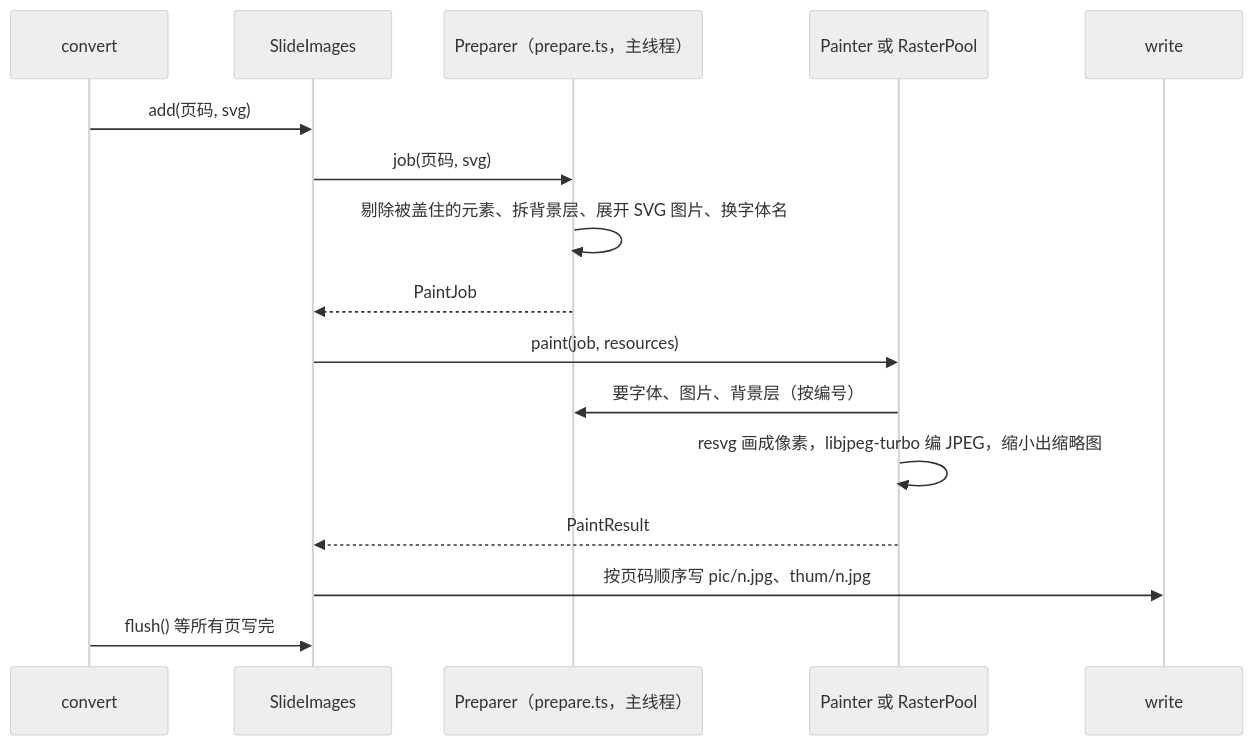
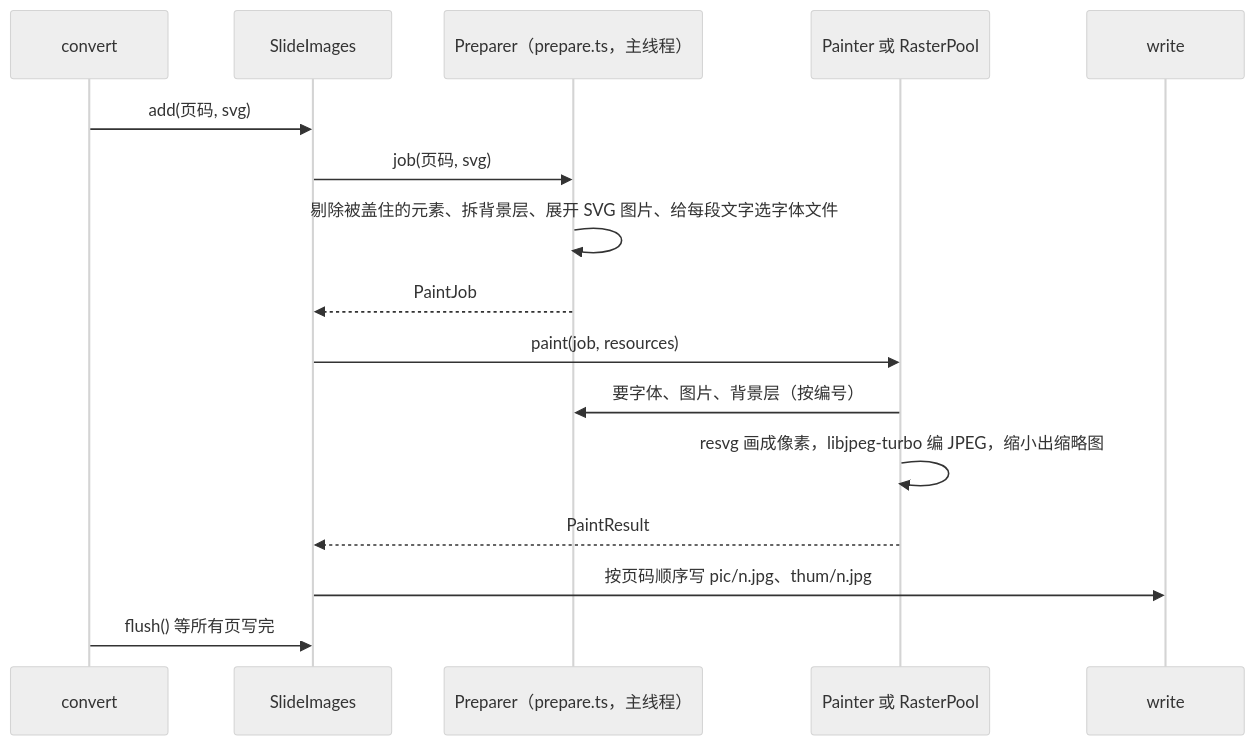
Before and after one commit to spitmaster/unppt: diagram 19 of 22 in docs/zh/transcoding.md, drawn with Mermaid (neutral theme). The commit also changed other lines of this file and 1 other file, not shown here.

Commit message:
docs: 转码原理对照 0.3.1 代码更新——思源字体按缺字体替代（SPEC D3 ⑩）、可变字体取 Regular / Bold 实例、符号字体子集化前换 cmap、显示字形放进原字体格子；缩进 1/20 磅和"行首起点 + 行宽 + 右缩进"取整到 1/8 磅的断行规则、水平居中 anchorCtr（含表格单元格）、项目符号的新规则、人工加粗的颜料；图表文字字体 chart-fonts.ts、饼图最佳位置标签；公式 Fallback 图片正着铺；出图按能画全文字选字体；不写 -o 时的输出位置；效果数字换成 0.3.1

````diff
--- a/docs/zh/transcoding.md
+++ b/docs/zh/transcoding.md
@@ -839,19 +847,19 @@
 ```mermaid
 sequenceDiagram
   participant C as convert
   participant S as SlideImages
   participant Pr as Preparer（prepare.ts，主线程）
   participant Pa as Painter 或 RasterPool
   participant W as write
 
   C->>S: add(页码, svg)
   S->>Pr: job(页码, svg)
-  Pr->>Pr: 剔除被盖住的元素、拆背景层、展开 SVG 图片、换字体名
+  Pr->>Pr: 剔除被盖住的元素、拆背景层、展开 SVG 图片、给每段文字选字体文件
   Pr-->>S: PaintJob
   S->>Pa: paint(job, resources)
   Pa->>Pr: 要字体、图片、背景层（按编号）
   Pa->>Pa: resvg 画成像素，libjpeg-turbo 编 JPEG，缩小出缩略图
   Pa-->>S: PaintResult
   S->>W: 按页码顺序写 pic/n.jpg、thum/n.jpg
   C->>S: flush() 等所有页写完
 ```
````
